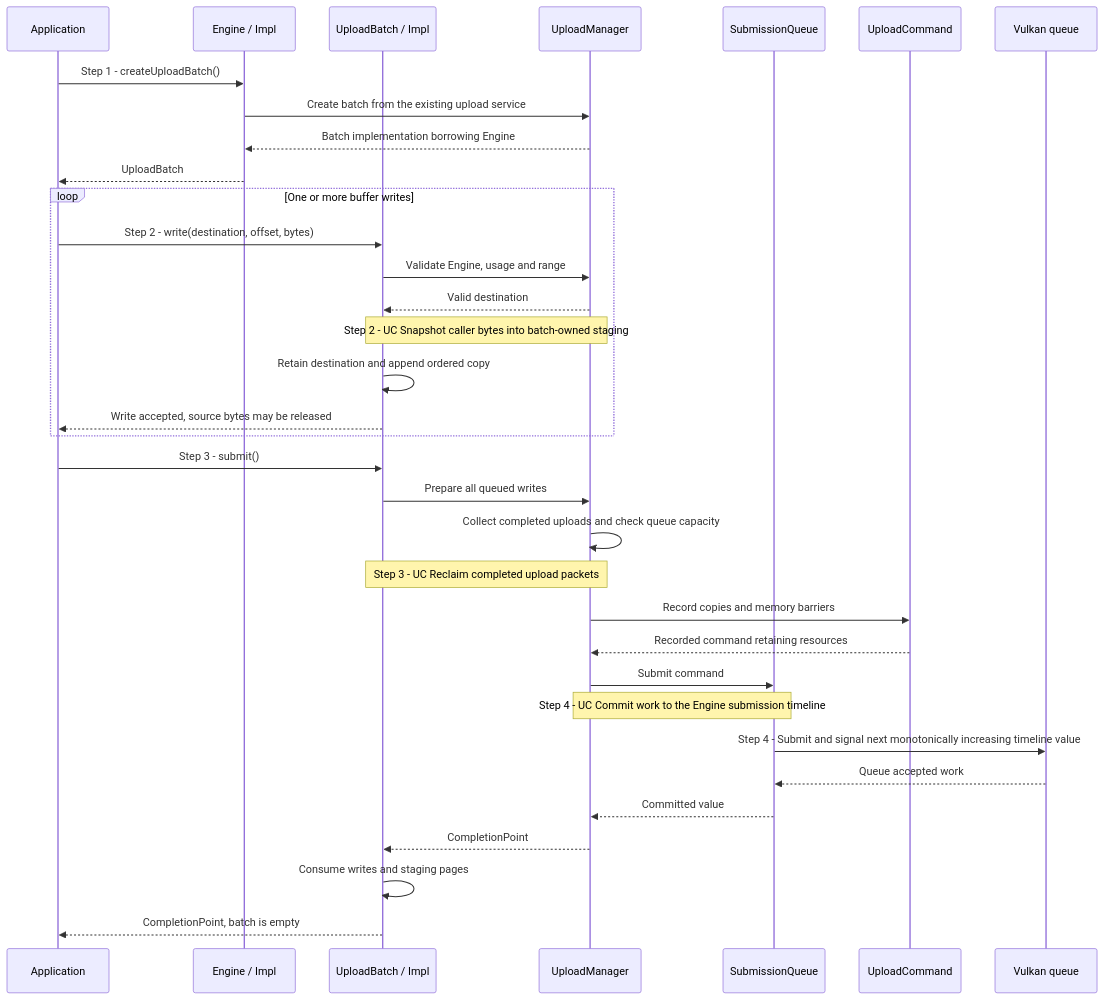
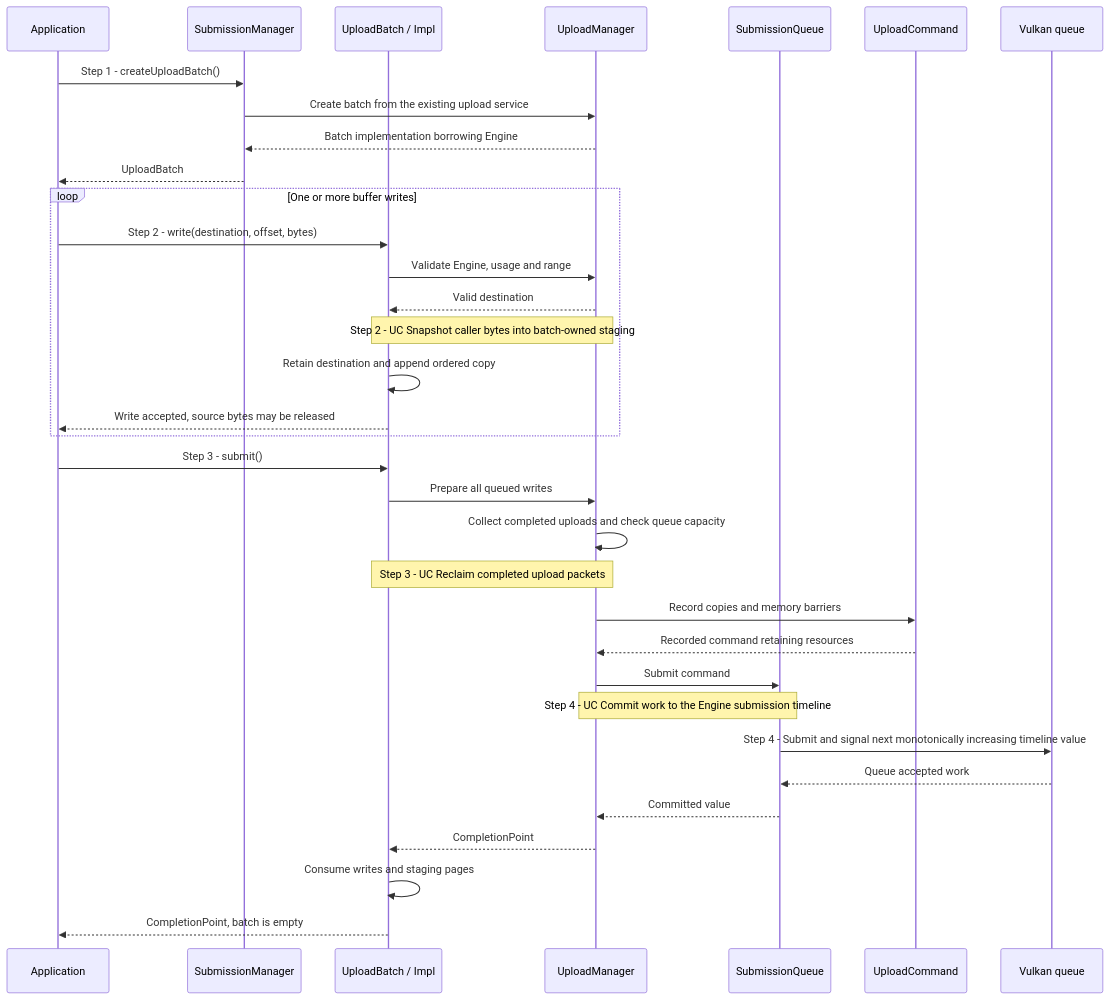
The diagram in docs/use-cases/upload-buffer.md (a-soltysik/Panda), drawn with Mermaid before and after one commit. The commit also changed other lines of this file and 22 other files, not shown here.

Commit message:
Remove resource and submission callbacks into Engine (#123)

````diff
--- a/docs/use-cases/upload-buffer.md
+++ b/docs/use-cases/upload-buffer.md
@@ -46,36 +46,36 @@
 ```mermaid
 sequenceDiagram
     participant A as Application
-    participant C as Engine / Impl
+    participant S as SubmissionManager
     participant B as UploadBatch / Impl
     participant U as UploadManager
     participant Q as SubmissionQueue
     participant K as UploadCommand
     participant V as Vulkan queue
-    A->>C: Step 1 - createUploadBatch()
-    C->>U: Create batch from the existing upload service
-    U-->>C: Batch implementation borrowing Engine
-    C-->>A: UploadBatch
+    A->>S: Step 1 - createUploadBatch()
+    S->>U: Create batch from the existing upload service
+    U-->>S: Batch implementation borrowing Engine
+    S-->>A: UploadBatch
     loop One or more buffer writes
         A->>B: Step 2 - write(destination, offset, bytes)
         B->>U: Validate Engine, usage and range
         U-->>B: Valid destination
         Note over B,U: Step 2 - UC Snapshot caller bytes into batch-owned staging
         B->>B: Retain destination and append ordered copy
         B-->>A: Write accepted, source bytes may be released
     end
     A->>B: Step 3 - submit()
     B->>U: Prepare all queued writes
     U->>U: Collect completed uploads and check queue capacity
     Note over B,U: Step 3 - UC Reclaim completed upload packets
     U->>K: Record copies and memory barriers
     K-->>U: Recorded command retaining resources
     U->>Q: Submit command
     Note over U,Q: Step 4 - UC Commit work to the Engine submission timeline
     Q->>V: Step 4 - Submit and signal next monotonically increasing timeline value
     V-->>Q: Queue accepted work
     Q-->>U: Committed value
     U-->>B: CompletionPoint
     B->>B: Consume writes and staging pages
     B-->>A: CompletionPoint, batch is empty
 ```
````
